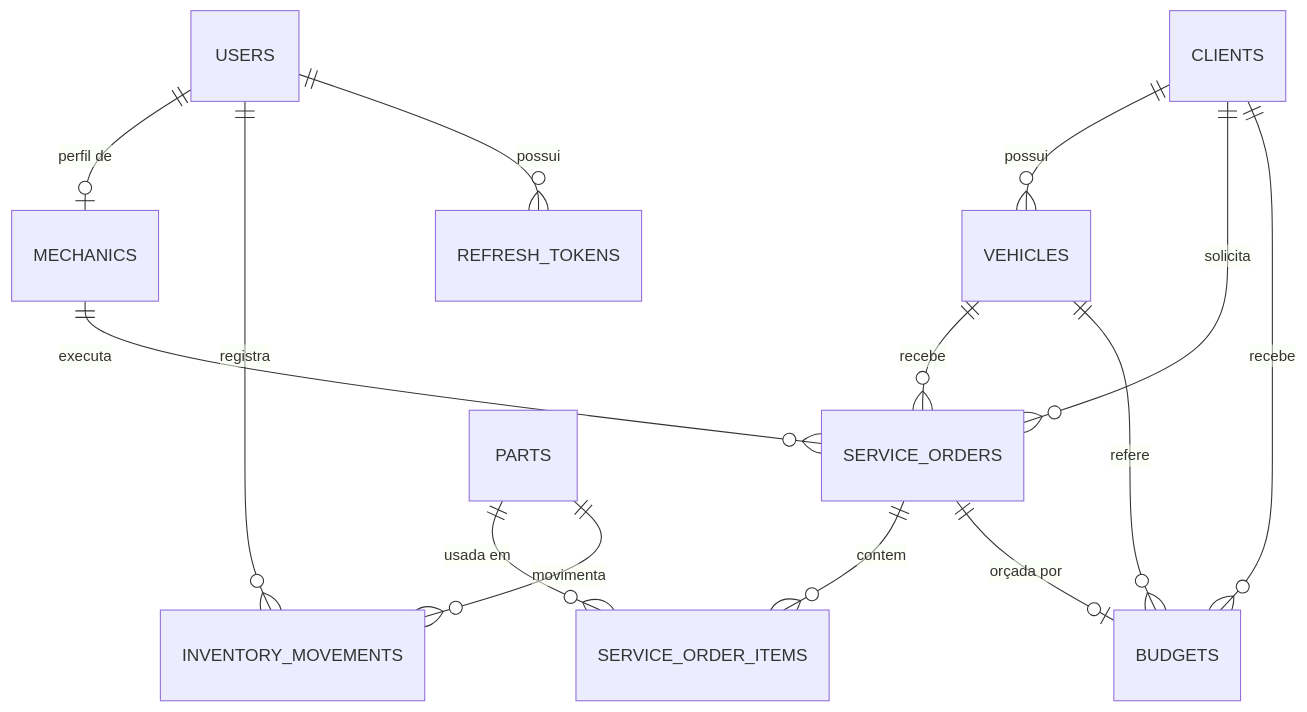
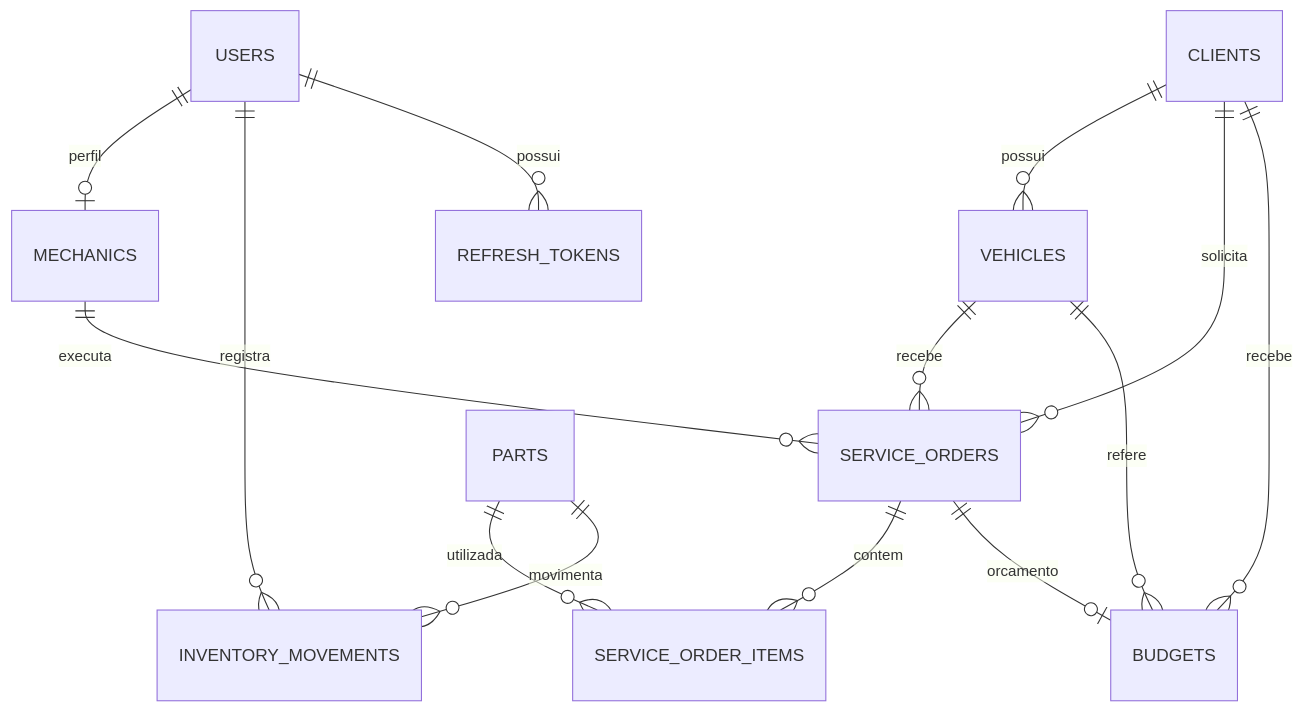
Before and after one commit to adanwilliamdev/Torque_Gestao: the diagram in README.md, drawn with Mermaid. The commit also changed other lines of this file, not shown here.

````diff
--- a/README.md
+++ b/README.md
@@ -187,16 +251,16 @@
 ```mermaid
 erDiagram
     CLIENTS ||--o{ VEHICLES : possui
     CLIENTS ||--o{ SERVICE_ORDERS : solicita
     VEHICLES ||--o{ SERVICE_ORDERS : recebe
     MECHANICS ||--o{ SERVICE_ORDERS : executa
-    USERS ||--o| MECHANICS : "perfil de"
+    USERS ||--o| MECHANICS : perfil
     SERVICE_ORDERS ||--o{ SERVICE_ORDER_ITEMS : contem
-    PARTS ||--o{ SERVICE_ORDER_ITEMS : "usada em"
+    PARTS ||--o{ SERVICE_ORDER_ITEMS : utilizada
     PARTS ||--o{ INVENTORY_MOVEMENTS : movimenta
     USERS ||--o{ INVENTORY_MOVEMENTS : registra
-    SERVICE_ORDERS ||--o| BUDGETS : "orçada por"
+    SERVICE_ORDERS ||--o| BUDGETS : orcamento
     CLIENTS ||--o{ BUDGETS : recebe
     VEHICLES ||--o{ BUDGETS : refere
     USERS ||--o{ REFRESH_TOKENS : possui
 ```
````
